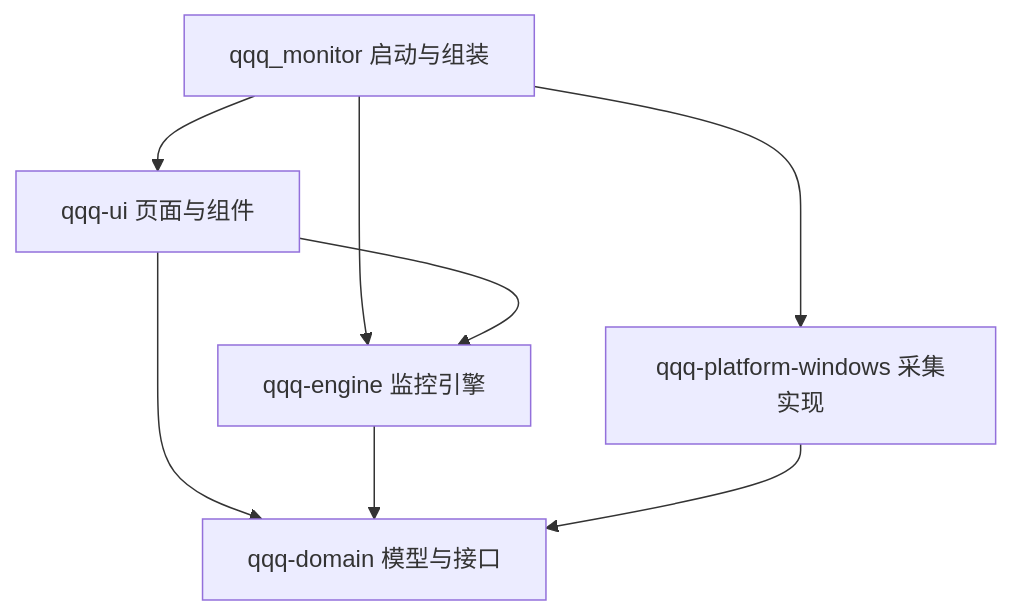
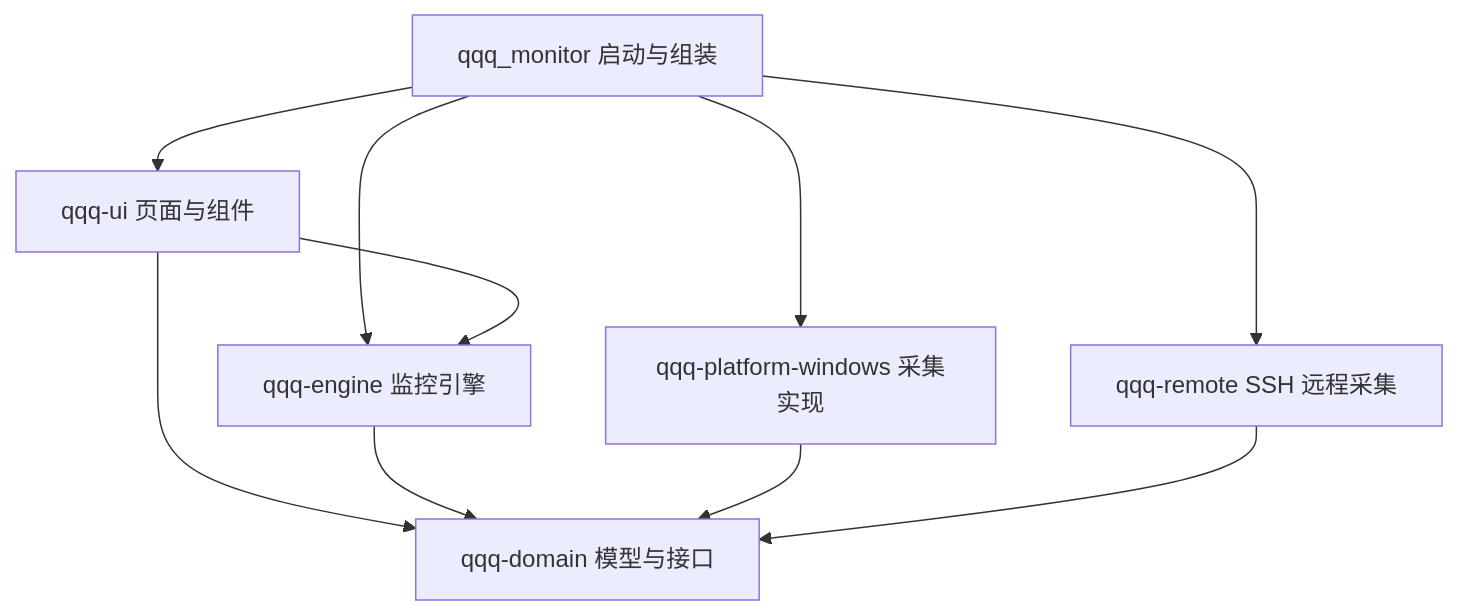
The first of 2 diagrams in docs/ARCHITECTURE.md (lengyc-Code/qqq_monitor), drawn with Mermaid before and after one commit. The commit also changed other lines of this file and 43 other files, not shown here.

````diff
--- a/docs/ARCHITECTURE.md
+++ b/docs/ARCHITECTURE.md
@@ -7,10 +7,12 @@
 ```mermaid
 flowchart TD
     BOOT[qqq_monitor 启动与组装] --> UI[qqq-ui 页面与组件]
     BOOT --> ENGINE[qqq-engine 监控引擎]
     BOOT --> WIN[qqq-platform-windows 采集实现]
+    BOOT --> REMOTE[qqq-remote SSH 远程采集]
     UI --> ENGINE
     UI --> DOMAIN[qqq-domain 模型与接口]
     ENGINE --> DOMAIN
     WIN --> DOMAIN
+    REMOTE --> DOMAIN
 ```
````
